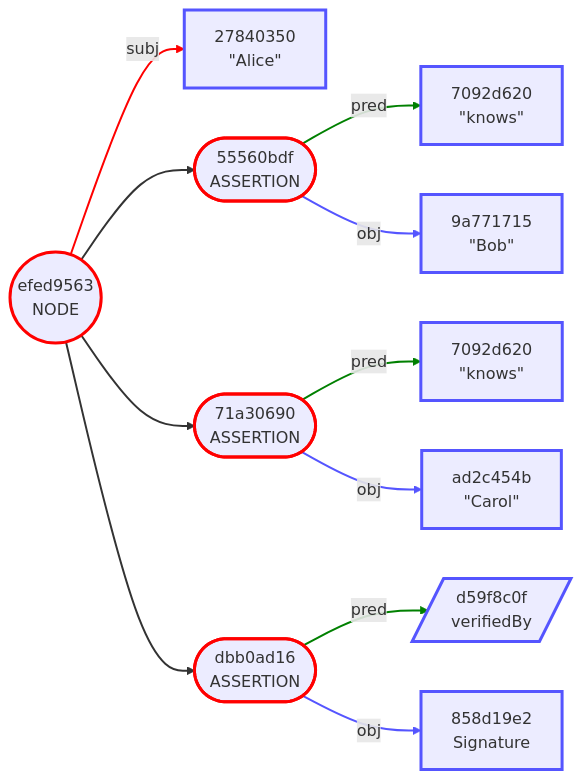
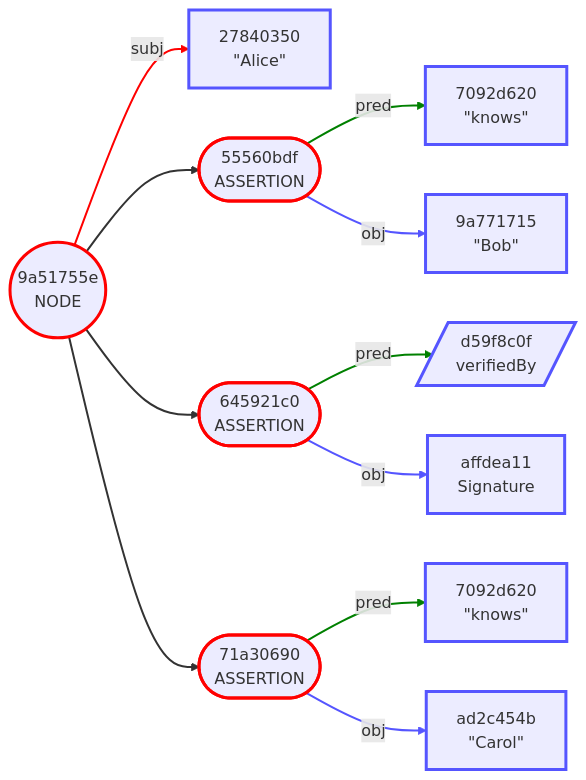
Before and after one commit to BlockchainCommons/BCSwiftSecureComponents: diagram 11 of 24 in Docs/04-OUTPUT-FORMATS.md, drawn with Mermaid. The commit also changed other lines of this file and 6 other files, not shown here.

````diff
--- a/Docs/04-OUTPUT-FORMATS.md
+++ b/Docs/04-OUTPUT-FORMATS.md
@@ -232,45 +418,45 @@
 ```mermaid
 graph LR
-    1(("efed9563<br/>NODE"))
+    1(("9a51755e<br/>NODE"))
     2["27840350<br/>#quot;Alice#quot;"]
     3(["55560bdf<br/>ASSERTION"])
     4["7092d620<br/>#quot;knows#quot;"]
     5["9a771715<br/>#quot;Bob#quot;"]
-    6(["71a30690<br/>ASSERTION"])
-    7["7092d620<br/>#quot;knows#quot;"]
-    8["ad2c454b<br/>#quot;Carol#quot;"]
-    9(["dbb0ad16<br/>ASSERTION"])
-    10[/"d59f8c0f<br/>verifiedBy"/]
-    11["858d19e2<br/>Signature"]
+    6(["645921c0<br/>ASSERTION"])
+    7[/"d59f8c0f<br/>verifiedBy"/]
+    8["affdea11<br/>Signature"]
+    9(["71a30690<br/>ASSERTION"])
+    10["7092d620<br/>#quot;knows#quot;"]
+    11["ad2c454b<br/>#quot;Carol#quot;"]
     1 -->|subj| 2
     1 --> 3
     3 -->|pred| 4
     3 -->|obj| 5
     1 --> 6
     6 -->|pred| 7
     6 -->|obj| 8
     1 --> 9
     9 -->|pred| 10
     9 -->|obj| 11
     style 1 stroke:red,stroke-width:3.0px
     style 2 stroke:#55f,stroke-width:3.0px
     style 3 stroke:red,stroke-width:3.0px
     style 4 stroke:#55f,stroke-width:3.0px
     style 5 stroke:#55f,stroke-width:3.0px
     style 6 stroke:red,stroke-width:3.0px
     style 7 stroke:#55f,stroke-width:3.0px
     style 8 stroke:#55f,stroke-width:3.0px
     style 9 stroke:red,stroke-width:3.0px
     style 10 stroke:#55f,stroke-width:3.0px
     style 11 stroke:#55f,stroke-width:3.0px
     linkStyle 0 stroke:red,stroke-width:2.0px
     linkStyle 1 stroke-width:2.0px
     linkStyle 2 stroke:green,stroke-width:2.0px
     linkStyle 3 stroke:#55f,stroke-width:2.0px
     linkStyle 4 stroke-width:2.0px
     linkStyle 5 stroke:green,stroke-width:2.0px
     linkStyle 6 stroke:#55f,stroke-width:2.0px
     linkStyle 7 stroke-width:2.0px
     linkStyle 8 stroke:green,stroke-width:2.0px
     linkStyle 9 stroke:#55f,stroke-width:2.0px
 ```
````
